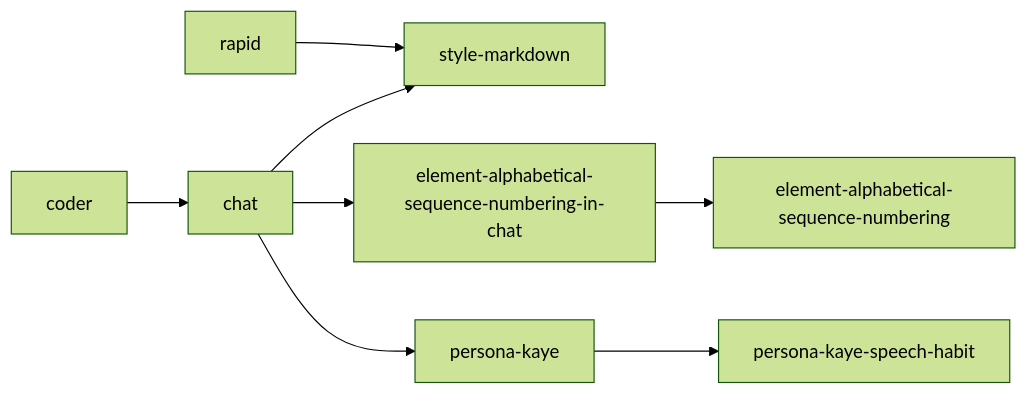
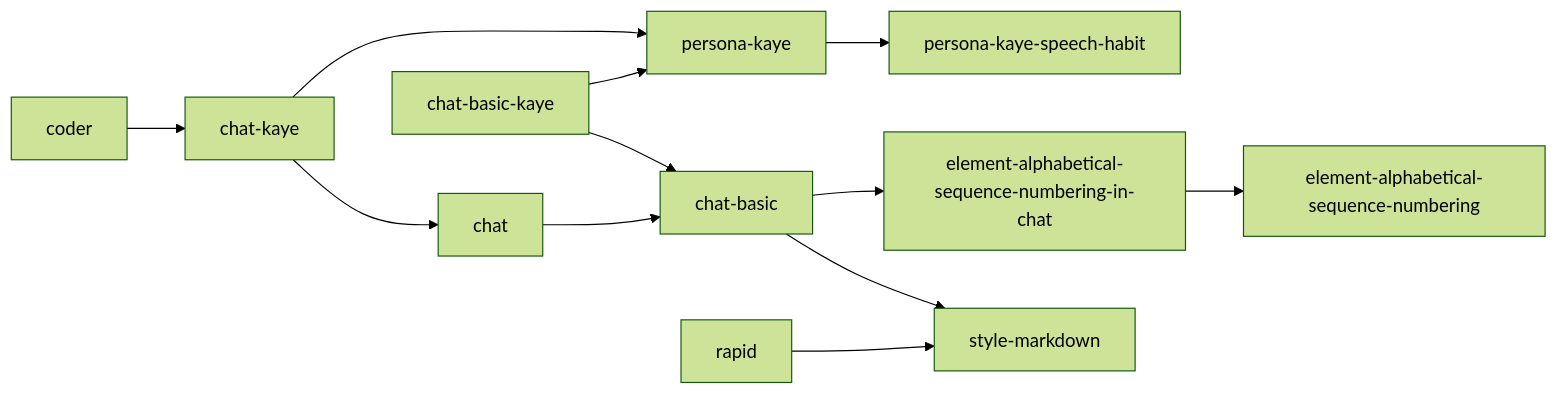
The sixth of 10 diagrams in docs/blueprint-doc.md (kami-lel/kaye-library), drawn with Mermaid (forest theme) before and after one commit. The commit also changed 10 other files, not shown here.

First line of the commit message:
layer chat as chat-basic, chat, chat-kaye; export chat-kaye

````diff
--- a/docs/blueprint-doc.md
+++ b/docs/blueprint-doc.md
@@ -183,10 +183,14 @@
 ```mermaid
 flowchart LR
-    chat --> style_markdown["style-markdown"]
-    chat --> element_alphabetical_sequence_numbering_in_chat["element-alphabetical-sequence-numbering-in-chat"]
-    chat --> persona_kaye["persona-kaye"]
+    chat_basic["chat-basic"] --> style_markdown["style-markdown"]
+    chat_basic --> element_alphabetical_sequence_numbering_in_chat["element-alphabetical-sequence-numbering-in-chat"]
+    chat --> chat_basic
+    chat_basic_kaye["chat-basic-kaye"] --> chat_basic
+    chat_basic_kaye --> persona_kaye["persona-kaye"]
+    chat_kaye["chat-kaye"] --> chat
+    chat_kaye --> persona_kaye
     persona_kaye --> persona_kaye_speech_habit["persona-kaye-speech-habit"]
     element_alphabetical_sequence_numbering_in_chat --> element_alphabetical_sequence_numbering["element-alphabetical-sequence-numbering"]
-    coder --> chat
+    coder --> chat_kaye
     rapid --> style_markdown
 ```
````
